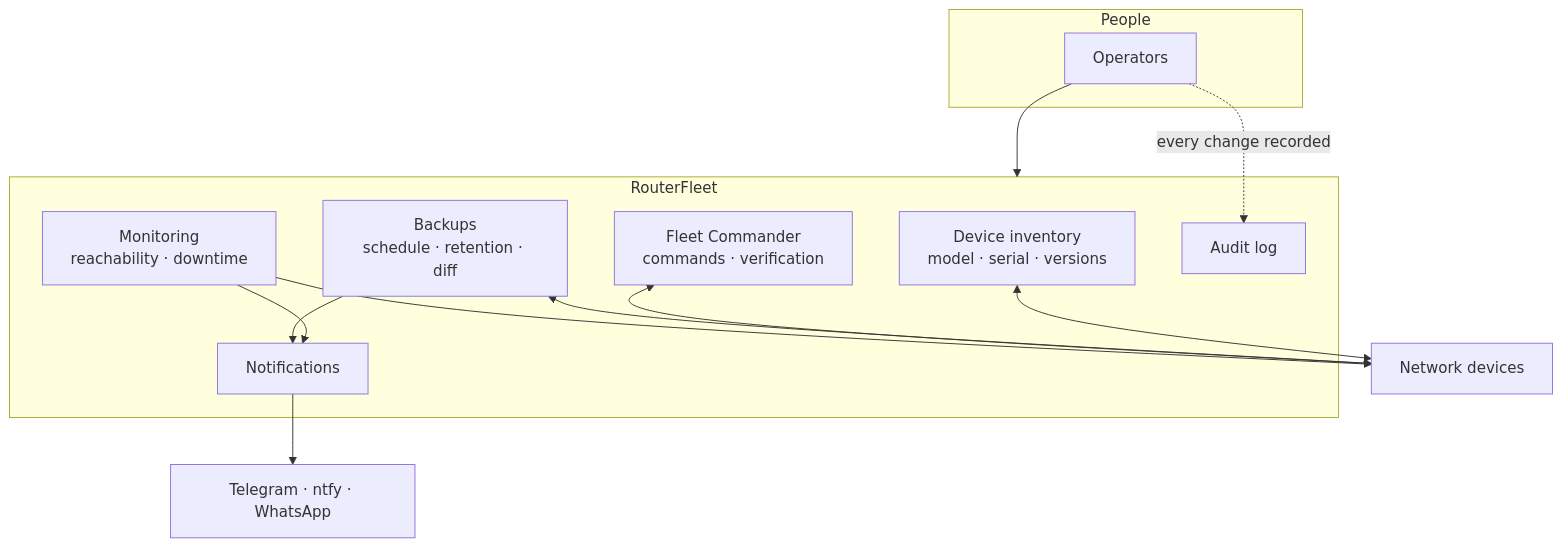
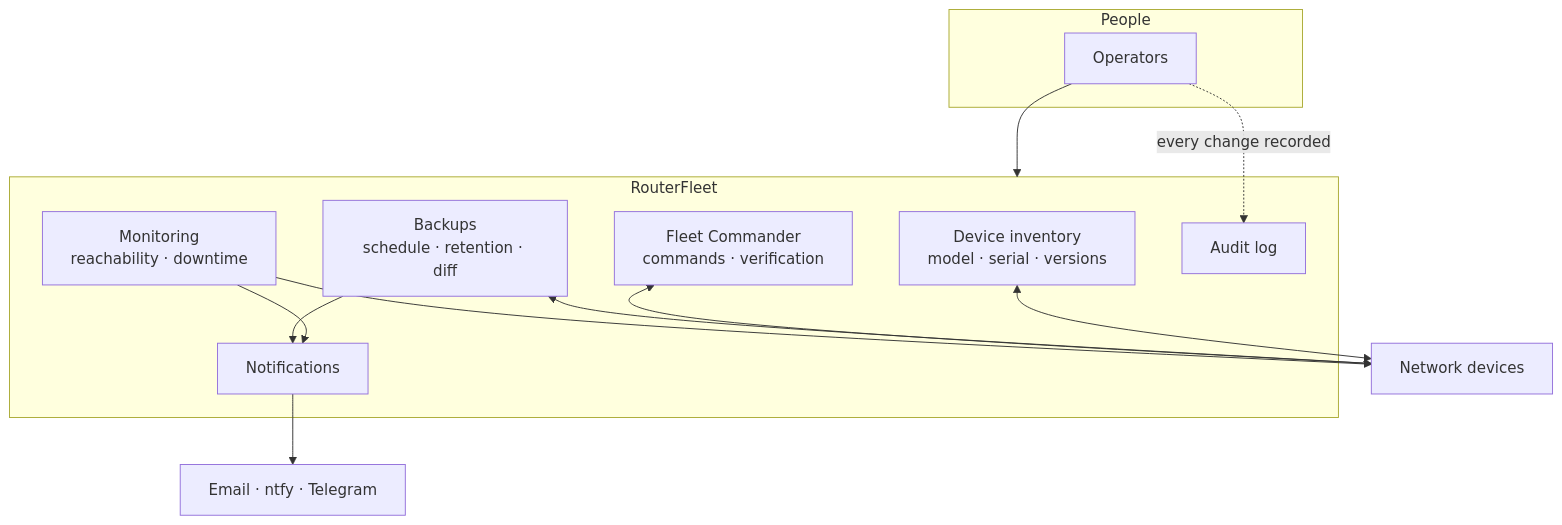
One commit to alessiobravi/routerfleet_improved changed the diagram in docs/README.md. Above: the diagram before and after it, drawn with Mermaid. The commit also changed other lines of this file and 16 other files, not shown here.

````diff
--- a/docs/README.md
+++ b/docs/README.md
@@ -7,28 +7,28 @@
 ```mermaid
 flowchart TB
     subgraph people["People"]
         ops["Operators"]
     end
 
     subgraph rf["RouterFleet"]
         inv["Device inventory<br/>model · serial · versions"]
         bk["Backups<br/>schedule · retention · diff"]
         fc["Fleet Commander<br/>commands · verification"]
         mon["Monitoring<br/>reachability · downtime"]
         msg["Notifications"]
         aud["Audit log"]
     end
 
     devices["Network devices"]
-    channels["Telegram · ntfy · WhatsApp"]
+    channels["Email · ntfy · Telegram"]
 
     ops --> rf
     inv <--> devices
     bk <--> devices
     fc <--> devices
     mon --> devices
     mon --> msg
     bk --> msg
     msg --> channels
     ops -.->|"every change recorded"| aud
 ```
````
